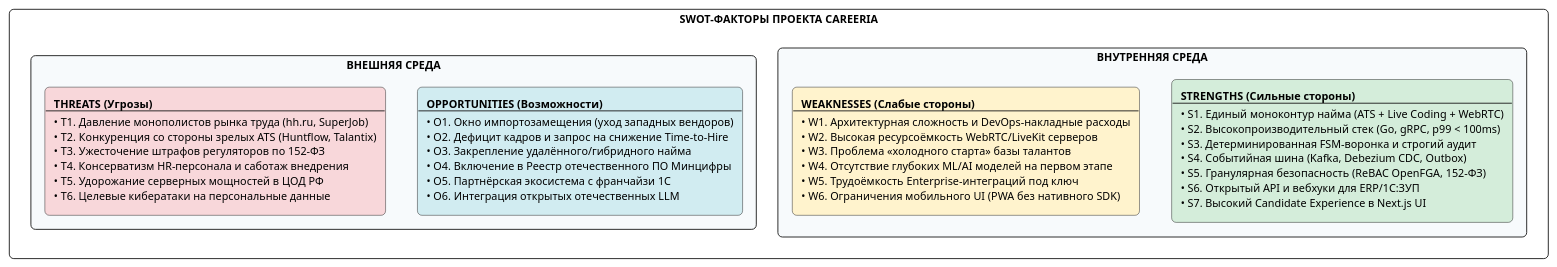
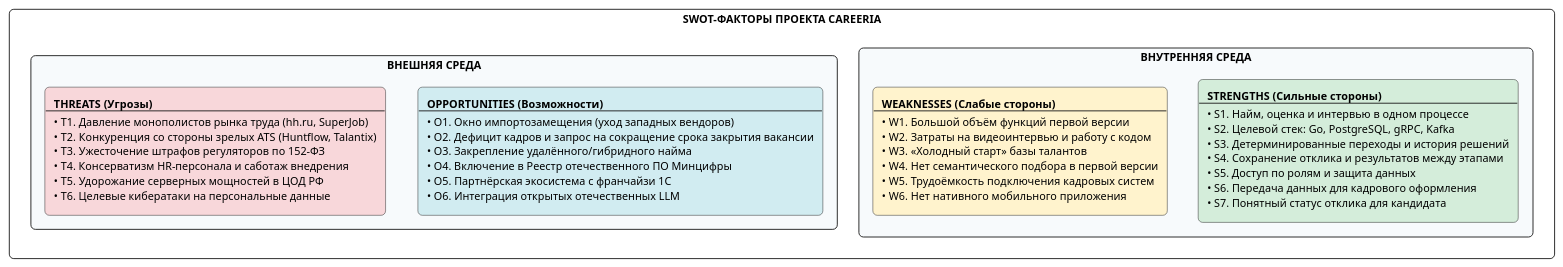
The first of 4 diagrams in docs/project/01-general/03-swot-analysis.md (krackl1n/careeria), drawn with PlantUML before and after one commit. The commit also changed other lines of this file and 37 other files, not shown here.

````diff
--- a/docs/project/01-general/03-swot-analysis.md
+++ b/docs/project/01-general/03-swot-analysis.md
@@ -31,21 +33,21 @@
 ```plantuml
 @startuml
 skinparam rectangle {
   RoundCorner 10
   FontName Arial
   FontSize 12
 }
 
 rectangle "SWOT-ФАКТОРЫ ПРОЕКТА CAREERIA" as SWOTRoot {
   rectangle "ВНУТРЕННЯЯ СРЕДА" as Internal #F7FAFC {
-    rectangle "**STRENGTHS (Сильные стороны)**\n---\n• S1. Единый моноконтур найма (ATS + Live Coding + WebRTC)\n• S2. Высокопроизводительный стек (Go, gRPC, p99 < 100ms)\n• S3. Детерминированная FSM-воронка и строгий аудит\n• S4. Событийная шина (Kafka, Debezium CDC, Outbox)\n• S5. Гранулярная безопасность (ReBAC OpenFGA, 152-ФЗ)\n• S6. Открытый API и вебхуки для ERP/1С:ЗУП\n• S7. Высокий Candidate Experience в Next.js UI" as S #D4EDDA
-    rectangle "**WEAKNESSES (Слабые стороны)**\n---\n• W1. Архитектурная сложность и DevOps-накладные расходы\n• W2. Высокая ресурсоёмкость WebRTC/LiveKit серверов\n• W3. Проблема «холодного старта» базы талантов\n• W4. Отсутствие глубоких ML/AI моделей на первом этапе\n• W5. Трудоёмкость Enterprise-интеграций под ключ\n• W6. Ограничения мобильного UI (PWA без нативного SDK)" as W #FFF3CD
+    rectangle "**STRENGTHS (Сильные стороны)**\n---\n• S1. Найм, оценка и интервью в одном процессе\n• S2. Целевой стек: Go, PostgreSQL, gRPC, Kafka\n• S3. Детерминированные переходы и история решений\n• S4. Сохранение отклика и результатов между этапами\n• S5. Доступ по ролям и защита данных\n• S6. Передача данных для кадрового оформления\n• S7. Понятный статус отклика для кандидата" as S #D4EDDA
+    rectangle "**WEAKNESSES (Слабые стороны)**\n---\n• W1. Большой объём функций первой версии\n• W2. Затраты на видеоинтервью и работу с кодом\n• W3. «Холодный старт» базы талантов\n• W4. Нет семантического подбора в первой версии\n• W5. Трудоёмкость подключения кадровых систем\n• W6. Нет нативного мобильного приложения" as W #FFF3CD
   }
 
   rectangle "ВНЕШНЯЯ СРЕДА" as External #F7FAFC {
-    rectangle "**OPPORTUNITIES (Возможности)**\n---\n• O1. Окно импортозамещения (уход западных вендоров)\n• O2. Дефицит кадров и запрос на снижение Time-to-Hire\n• O3. Закрепление удалённого/гибридного найма\n• O4. Включение в Реестр отечественного ПО Минцифры\n• O5. Партнёрская экосистема с франчайзи 1С\n• O6. Интеграция открытых отечественных LLM" as O #D1ECF1
+    rectangle "**OPPORTUNITIES (Возможности)**\n---\n• O1. Окно импортозамещения (уход западных вендоров)\n• O2. Дефицит кадров и запрос на сокращение срока закрытия вакансии\n• O3. Закрепление удалённого/гибридного найма\n• O4. Включение в Реестр отечественного ПО Минцифры\n• O5. Партнёрская экосистема с франчайзи 1С\n• O6. Интеграция открытых отечественных LLM" as O #D1ECF1
     rectangle "**THREATS (Угрозы)**\n---\n• T1. Давление монополистов рынка труда (hh.ru, SuperJob)\n• T2. Конкуренция со стороны зрелых ATS (Huntflow, Talantix)\n• T3. Ужесточение штрафов регуляторов по 152-ФЗ\n• T4. Консерватизм HR-персонала и саботаж внедрения\n• T5. Удорожание серверных мощностей в ЦОД РФ\n• T6. Целевые кибератаки на персональные данные" as T #F8D7DA
   }
 }
 @enduml
 ```
````
